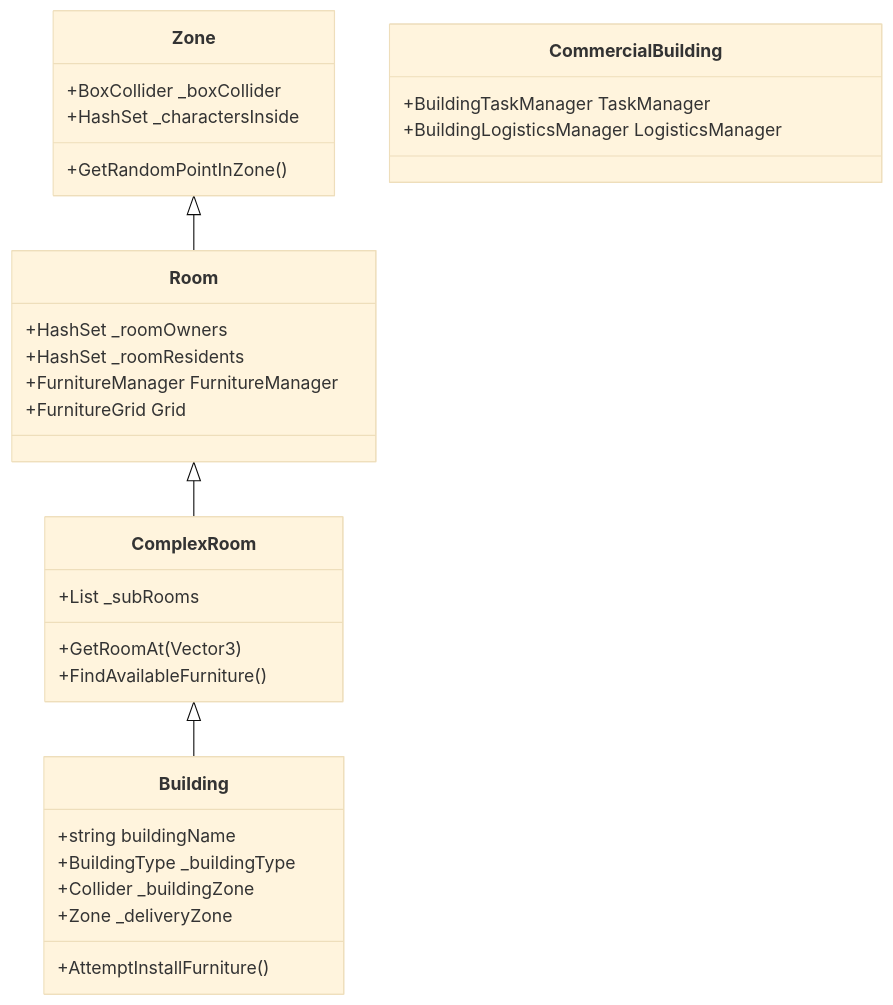
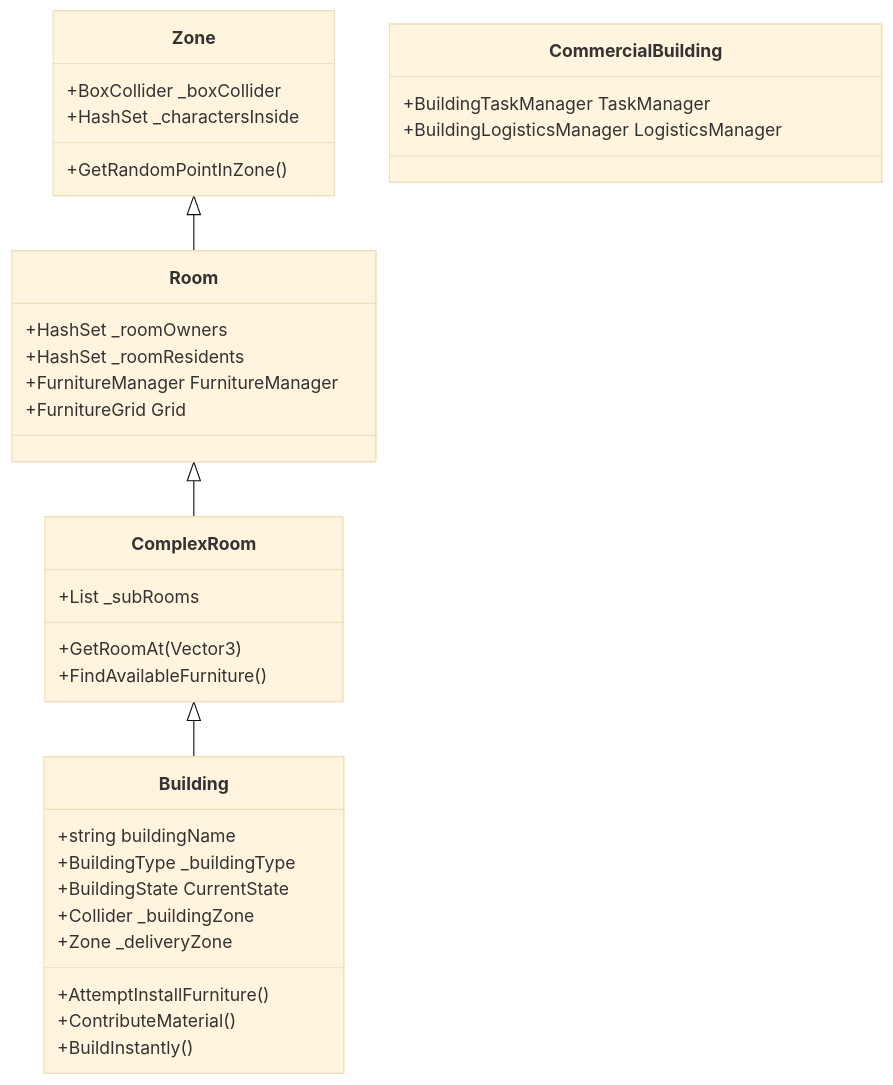
The diagram in .agent/skills/building_system/SKILL.md (Silac1995/My-World-Isekai-Unity), drawn with Mermaid (base theme) before and after one commit. The commit also changed other lines of this file and 133 other files, not shown here.

````diff
--- a/.agent/skills/building_system/SKILL.md
+++ b/.agent/skills/building_system/SKILL.md
@@ -12,34 +12,37 @@
 ```mermaid
 classDiagram
     Zone <|-- Room
     Room <|-- ComplexRoom
     ComplexRoom <|-- Building
 
     class Zone {
         +BoxCollider _boxCollider
         +HashSet<GameObject> _charactersInside
         +GetRandomPointInZone()
     }
     class Room {
         +HashSet<Character> _roomOwners
         +HashSet<Character> _roomResidents
         +FurnitureManager FurnitureManager
         +FurnitureGrid Grid
     }
     class ComplexRoom {
         +List<Room> _subRooms
         +GetRoomAt(Vector3)
         +FindAvailableFurniture()
     }
     class Building {
         +string buildingName
         +BuildingType _buildingType
+        +BuildingState CurrentState
         +Collider _buildingZone
         +Zone _deliveryZone
         +AttemptInstallFurniture()
+        +ContributeMaterial()
+        +BuildInstantly()
     }
     class CommercialBuilding {
         +BuildingTaskManager TaskManager
         +BuildingLogisticsManager LogisticsManager
     }
 ```
````
